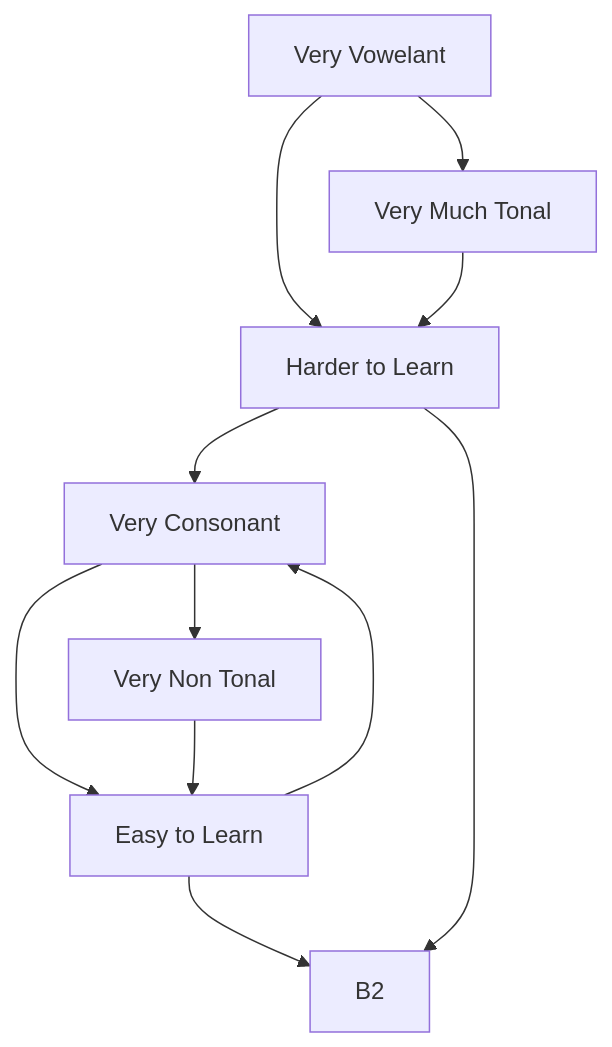
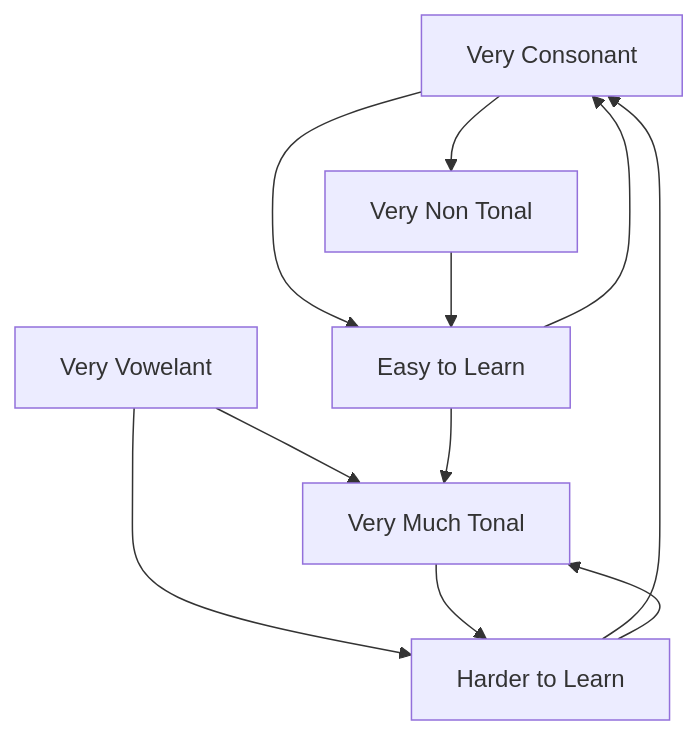
One commit to bendqh1/mermaid changed the diagram in general_communication_languages_categorization_for_learning.md. Above: the diagram before and after it, drawn with Mermaid.

````diff
--- a/general_communication_languages_categorization_for_learning.md
+++ b/general_communication_languages_categorization_for_learning.md
@@ -1,8 +1,8 @@
 ```mermaid
 flowchart TD
   A1[Very Consonant] --> B1[Very Non Tonal]
   A3[Very Vowelant] --> B3[Very Much Tonal]
 
-  A1 & B1 --> C1[Easy to Learn] --> A1 & B2
-  A3 & B3 --> C2[Harder to Learn] --> A1 & B2
+  A1 & B1 --> C1[Easy to Learn] --> A1 & B3
+  A3 & B3 --> C2[Harder to Learn] --> A1 & B3
 ```
````
